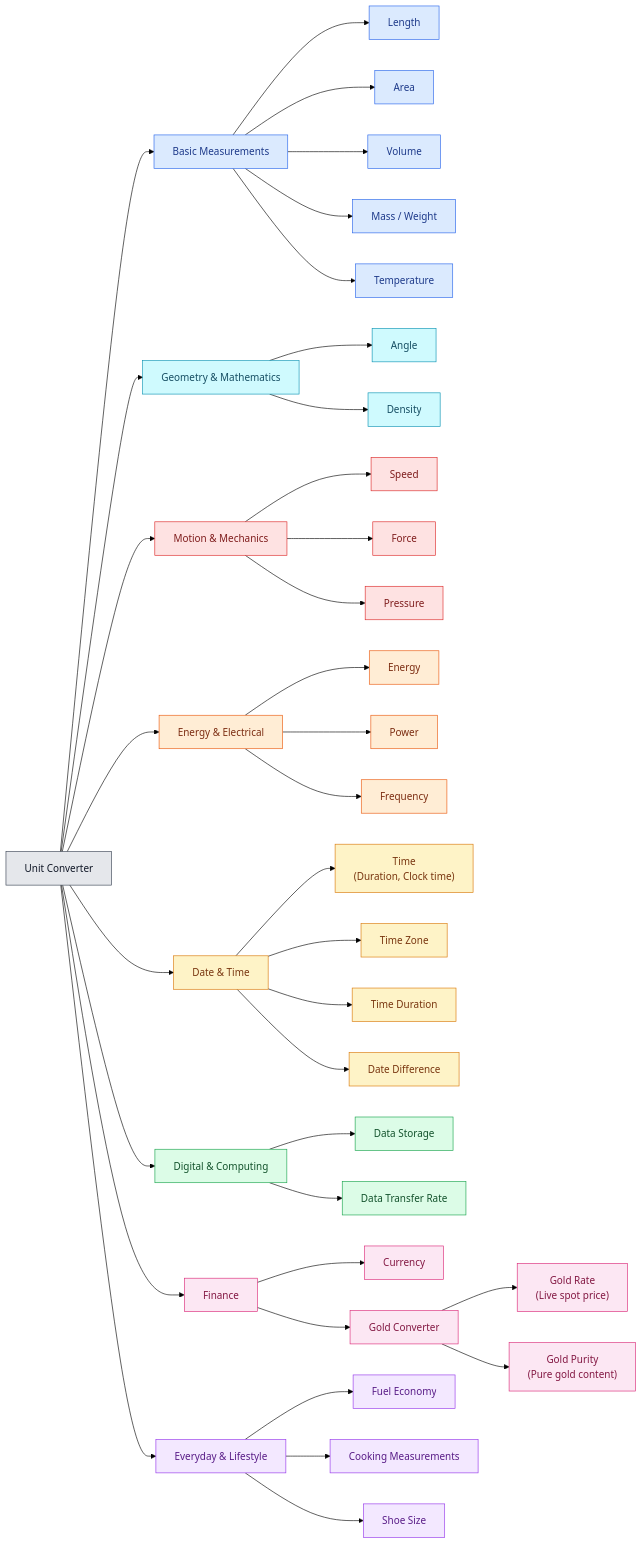
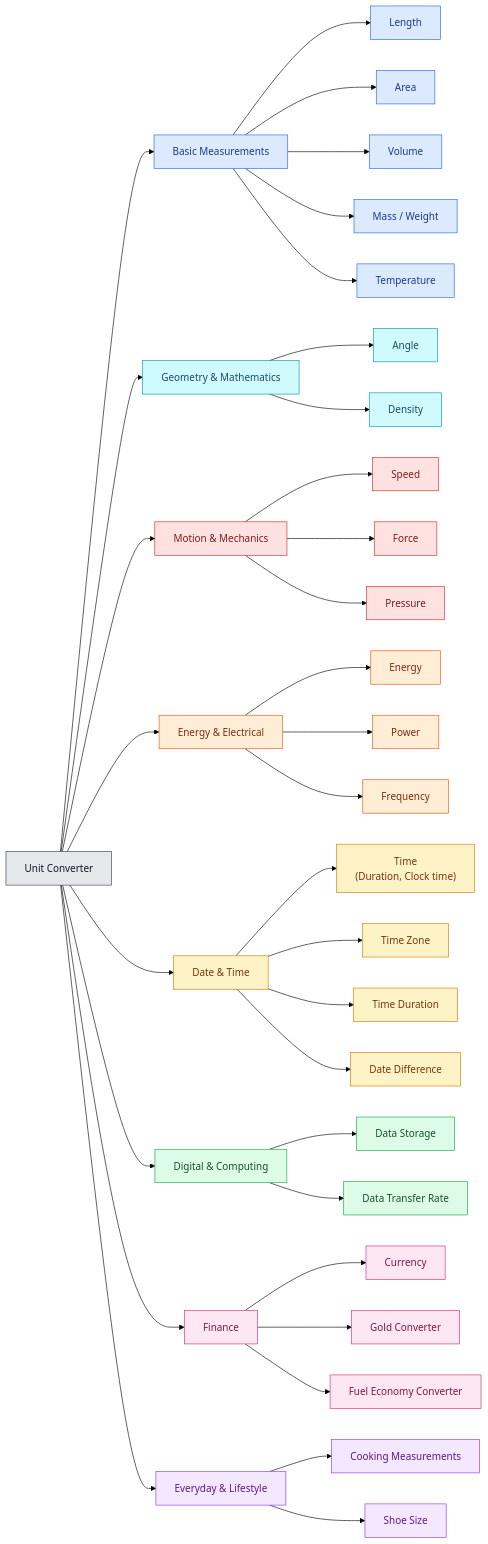
One commit to Aniruddha-25/unit-convertor changed the diagram in README.md. Above: the diagram before and after it, drawn with Mermaid (forest theme). The commit also changed other lines of this file and 88 other files, not shown here.

First line of the commit message:
Add fuel economy and reorganize converters

````diff
--- a/README.md
+++ b/README.md
@@ -10,68 +10,67 @@
 ```mermaid
 flowchart LR
     A["Unit Converter"]
 
     A --> B["Basic Measurements"]
     A --> C["Geometry & Mathematics"]
     A --> D["Motion & Mechanics"]
     A --> E["Energy & Electrical"]
     A --> F["Date & Time"]
     A --> G["Digital & Computing"]
     A --> I["Finance"]
     A --> H["Everyday & Lifestyle"]
 
     B --> B1["Length"]
     B --> B2["Area"]
     B --> B3["Volume"]
     B --> B4["Mass / Weight"]
     B --> B5["Temperature"]
 
     C --> C1["Angle"]
     C --> C2["Density"]
 
     D --> D1["Speed"]
     D --> D2["Force"]
     D --> D3["Pressure"]
 
     E --> E1["Energy"]
     E --> E2["Power"]
     E --> E3["Frequency"]
 
     F --> F1["Time<br/>(Duration, Clock time)"]
     F --> F2["Time Zone"]
     F --> F3["Time Duration"]
     F --> F4["Date Difference"]
 
     G --> G1["Data Storage"]
     G --> G2["Data Transfer Rate"]
 
     I --> I1["Currency"]
     I --> I2["Gold Converter"]
-    I2 --> I2a["Gold Rate<br/>(Live spot price)"]
-    I2 --> I2b["Gold Purity<br/>(Pure gold content)"]
+  
+    I --> I3["Fuel Economy Converter"]
 
-    H --> H1["Fuel Economy"]
     H --> H2["Cooking Measurements"]
     H --> H3["Shoe Size"]
 
     classDef root fill:#e5e7eb,stroke:#374151,color:#111827
     classDef basic fill:#dbeafe,stroke:#2563eb,color:#1e3a8a
     classDef geometry fill:#cffafe,stroke:#0891b2,color:#164e63
     classDef motion fill:#fee2e2,stroke:#dc2626,color:#7f1d1d
     classDef energy fill:#ffedd5,stroke:#ea580c,color:#7c2d12
     classDef datetime fill:#fef3c7,stroke:#d97706,color:#78350f
     classDef digital fill:#dcfce7,stroke:#16a34a,color:#14532d
     classDef finance fill:#fce7f3,stroke:#db2777,color:#831843
     classDef lifestyle fill:#f3e8ff,stroke:#9333ea,color:#581c87
   
 
     class A root
     class B,B1,B2,B3,B4,B5 basic
     class C,C1,C2 geometry
     class D,D1,D2,D3 motion
     class E,E1,E2,E3 energy
     class F,F1,F2,F3,F4 datetime
     class G,G1,G2 digital
-    class I,I1,I2,I2a,I2b finance
-    class H,H1,H2,H3 lifestyle
+    class I,I1,I2,I3 finance
+    class H,H2,H3 lifestyle
 ```
````
